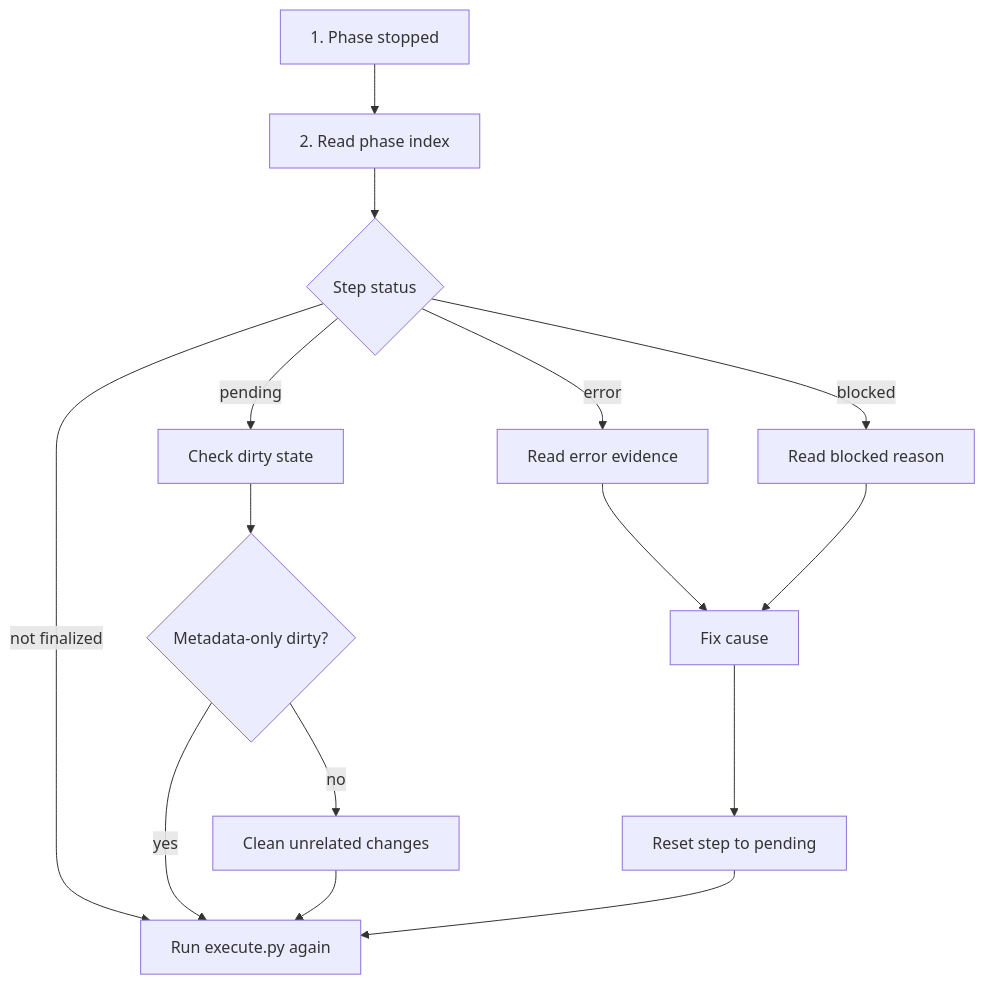
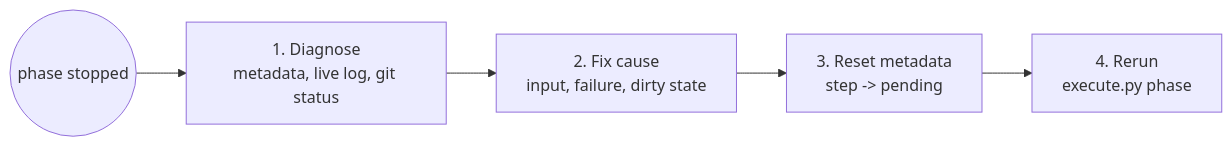
The fourth of 4 diagrams in docs/harness/harness_architecture.md (zaehorang/SolveSync), drawn with Mermaid before and after one commit. The commit also changed other lines of this file, not shown here.

Commit message:
docs: clarify harness architecture policy

````diff
--- a/docs/harness/harness_architecture.md
+++ b/docs/harness/harness_architecture.md
@@ -250,29 +377,13 @@
 ```mermaid
-flowchart TD
-  Start["1. Phase stopped"]
-  Check["2. Read phase index"]
-  Status{"Step status"}
-  Error["Read error evidence"]
-  Blocked["Read blocked reason"]
-  Dirty["Check dirty state"]
-  Fix["Fix cause"]
-  Reset["Reset step to pending"]
-  Rerun["Run execute.py again"]
-  Isolated{"Metadata-only dirty?"}
-  Clean["Clean unrelated changes"]
+flowchart LR
+  Stopped(("phase stopped"))
+  Diagnose["1. Diagnose<br/>metadata, live log, git status"]
+  Fix["2. Fix cause<br/>input, failure, dirty state"]
+  Reset["3. Reset metadata<br/>step -> pending"]
+  Rerun["4. Rerun<br/>execute.py phase"]
 
-  Start --> Check
-  Check --> Status
-  Status -->|"error"| Error
-  Status -->|"blocked"| Blocked
-  Status -->|"pending"| Dirty
-  Status -->|"not finalized"| Rerun
-  Error --> Fix
-  Blocked --> Fix
-  Dirty --> Isolated
-  Isolated -->|"yes"| Rerun
-  Isolated -->|"no"| Clean
-  Clean --> Rerun
+  Stopped --> Diagnose
+  Diagnose --> Fix
   Fix --> Reset
   Reset --> Rerun
 ```
````
